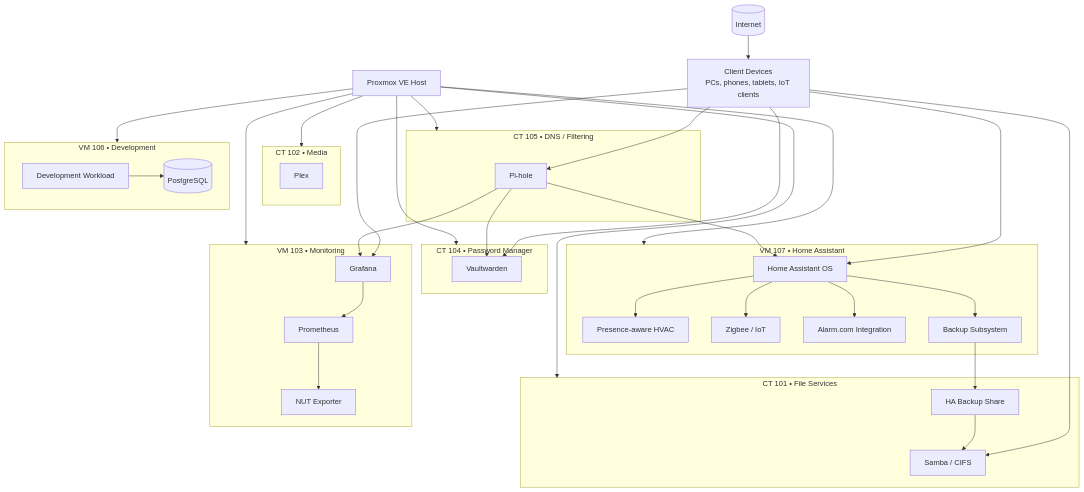
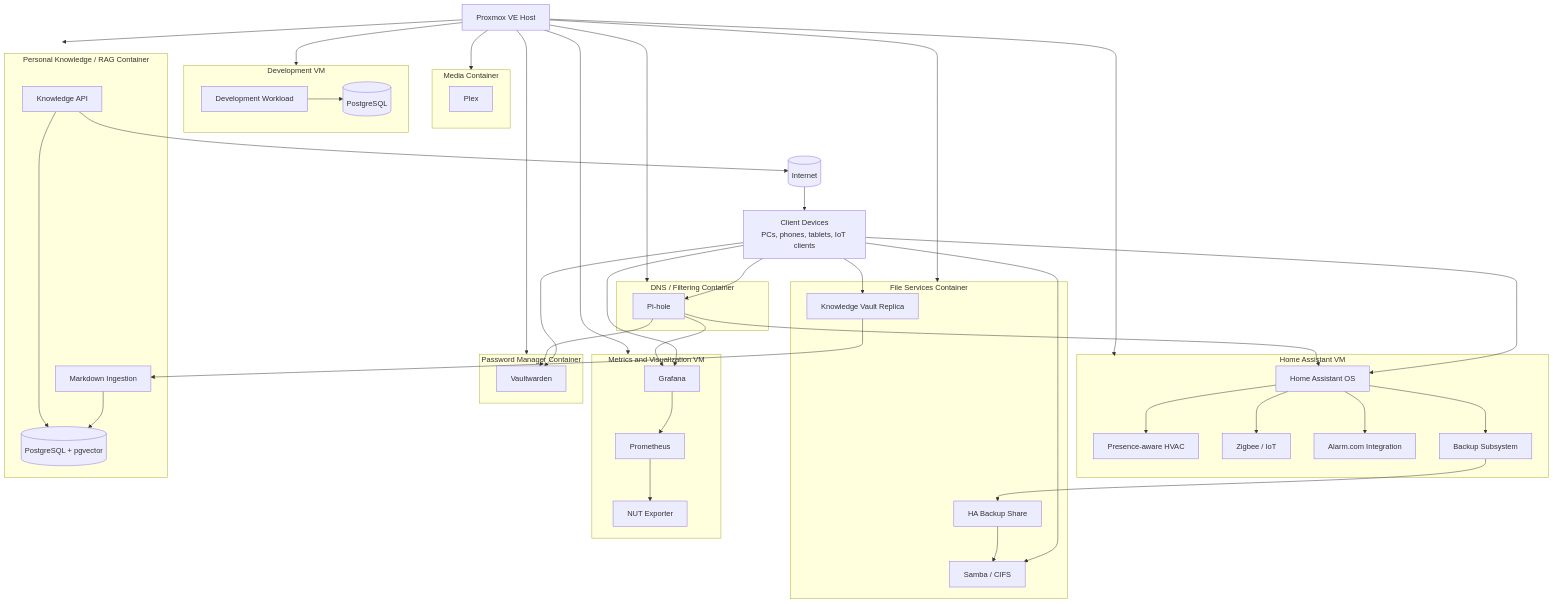
One commit to myles-portfolio/homelab-infrastructure changed the diagram in architecture/overview.md. Above: the diagram before and after it, drawn with Mermaid. The commit also changed other lines of this file, not shown here.

Commit message:
Add sanitized knowledge platform to architecture

````diff
--- a/architecture/overview.md
+++ b/architecture/overview.md
@@ -14,40 +14,47 @@
     Clients[Client Devices<br/>PCs, phones, tablets, IoT clients]
     Proxmox[Proxmox VE Host]
 
-    subgraph CT101[CT 101 • File Services]
+    subgraph FileServices[File Services Container]
         Samba[Samba / CIFS]
         HABackups[HA Backup Share]
+        VaultReplica[Knowledge Vault Replica]
     end
 
-    subgraph CT102[CT 102 • Media]
+    subgraph Media[Media Container]
         Plex[Plex]
     end
 
-    subgraph VM103[VM 103 • Monitoring]
+    subgraph MetricsVM[Metrics and Visualization VM]
         Prometheus[Prometheus]
         Grafana[Grafana]
         NUTExporter[NUT Exporter]
     end
 
-    subgraph CT104[CT 104 • Password Manager]
+    subgraph Passwords[Password Manager Container]
         Vaultwarden[Vaultwarden]
     end
 
-    subgraph CT105[CT 105 • DNS / Filtering]
+    subgraph DNSFiltering[DNS / Filtering Container]
         PiHole[Pi-hole]
     end
 
-    subgraph VM106[VM 106 • Development]
+    subgraph Development[Development VM]
         DevWorkload[Development Workload]
-        Postgres[(PostgreSQL)]
+        DevPostgres[(PostgreSQL)]
     end
 
-    subgraph VM107[VM 107 • Home Assistant]
+    subgraph HomeAutomation[Home Assistant VM]
         HA[Home Assistant OS]
         HVAC[Presence-aware HVAC]
         Zigbee[Zigbee / IoT]
         Alarm[Alarm.com Integration]
         Backups[Backup Subsystem]
+    end
+
+    subgraph KnowledgePlatform[Personal Knowledge / RAG Container]
+        RAGAPI[Knowledge API]
+        Ingest[Markdown Ingestion]
+        RAGDB[(PostgreSQL + pgvector)]
     end
 
     Internet --> Clients
@@ -58,13 +65,14 @@
     Clients --> HA
     Clients --> Samba
 
-    Proxmox --> CT101
-    Proxmox --> CT102
-    Proxmox --> VM103
-    Proxmox --> CT104
-    Proxmox --> CT105
-    Proxmox --> VM106
-    Proxmox --> VM107
+    Proxmox --> FileServices
+    Proxmox --> Media
+    Proxmox --> MetricsVM
+    Proxmox --> Passwords
+    Proxmox --> DNSFiltering
+    Proxmox --> Development
+    Proxmox --> HomeAutomation
+    Proxmox --> KnowledgePlatform
 
     PiHole --> Vaultwarden
     PiHole --> HA
@@ -80,5 +88,11 @@
     Prometheus --> NUTExporter
     Grafana --> Prometheus
 
-    DevWorkload --> Postgres
+    DevWorkload --> DevPostgres
+
+    Clients --> VaultReplica
+    VaultReplica --> Ingest
+    Ingest --> RAGDB
+    RAGAPI --> RAGDB
+    RAGAPI --> Internet
 ```
````
